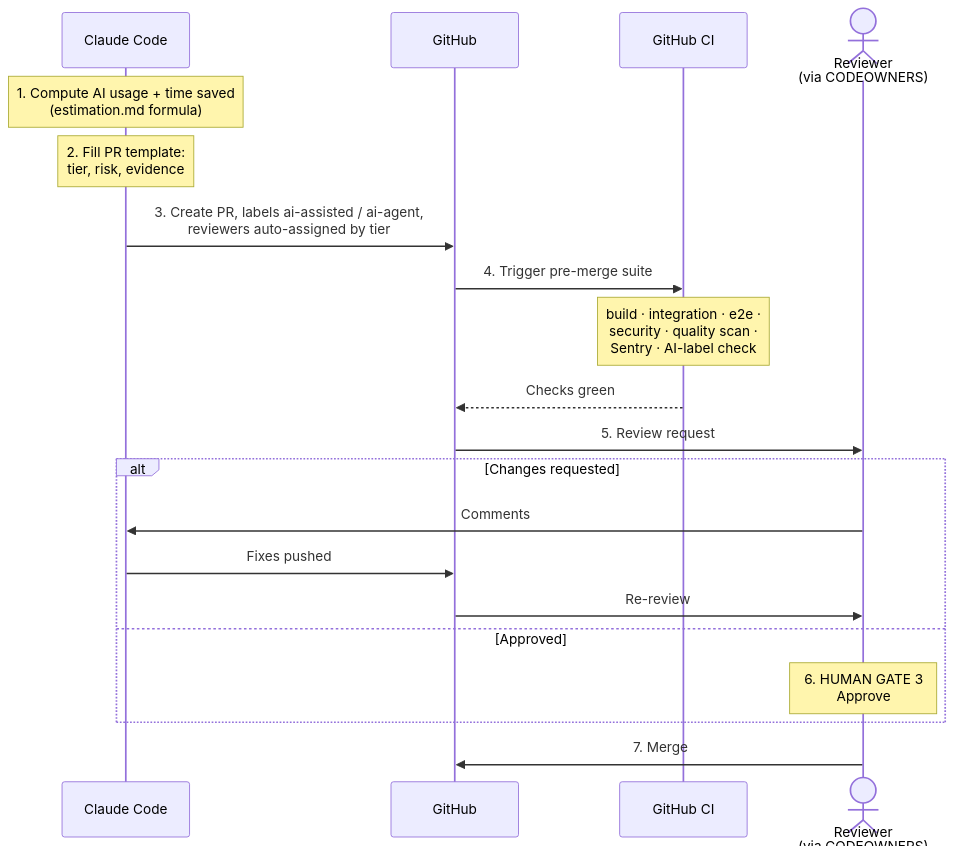
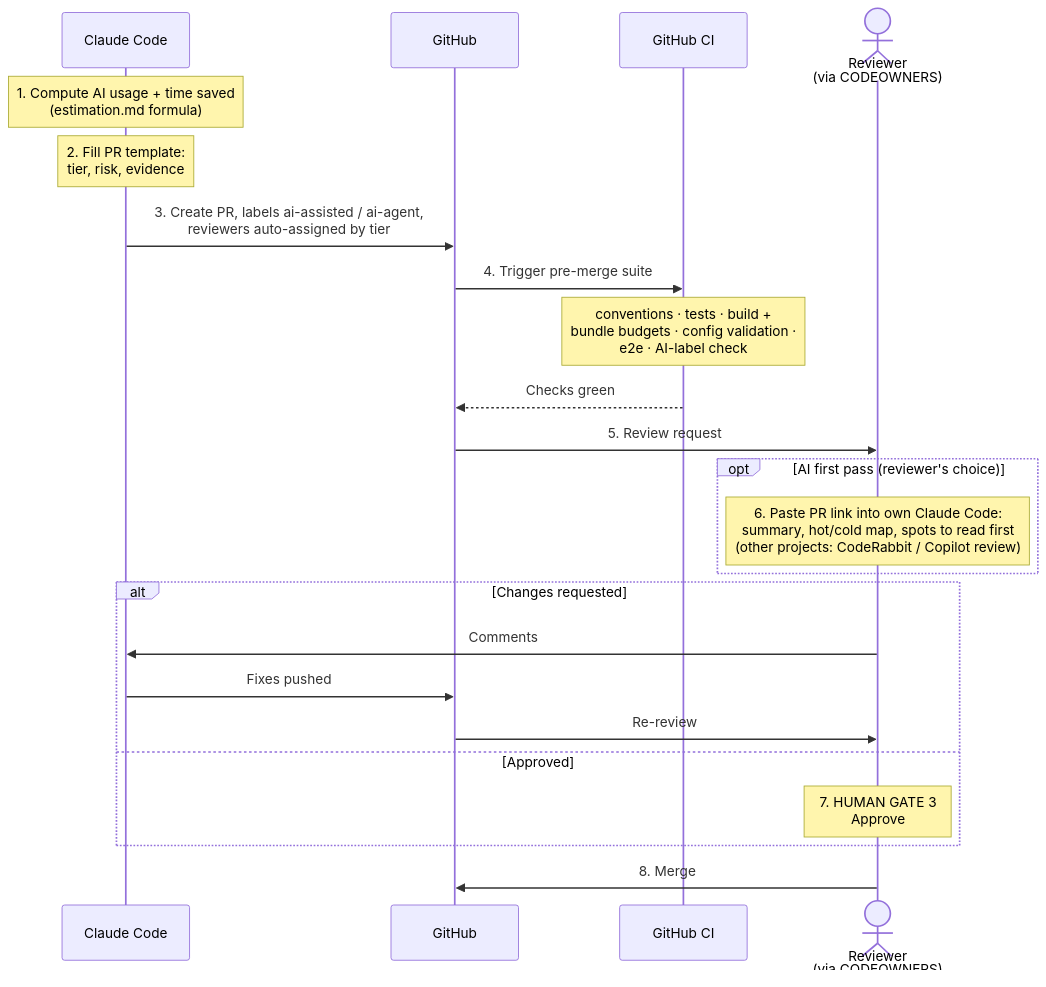
One commit to Seta-International/ai-sdlc-metrics changed the fifth of 6 diagrams in docs/aidc-workflow-future.md. Above: the diagram before and after it, drawn with Mermaid. The commit also changed other lines of this file, not shown here.

Commit message:
docs: verify AIDC doc against agent-platform reality, add reviewer AI pass and Rovo release notes

````diff
--- a/docs/aidc-workflow-future.md
+++ b/docs/aidc-workflow-future.md
@@ -192,23 +193,26 @@
 ```mermaid
 sequenceDiagram
     participant CC as Claude Code
     participant GH as GitHub
     participant CI as GitHub CI
     actor Rev as Reviewer<br/>(via CODEOWNERS)
 
     Note over CC: 1. Compute AI usage + time saved<br/>(estimation.md formula)
     Note over CC: 2. Fill PR template:<br/>tier, risk, evidence
     CC->>GH: 3. Create PR, labels ai-assisted / ai-agent,<br/>reviewers auto-assigned by tier
     GH->>CI: 4. Trigger pre-merge suite
-    Note over CI: build · integration · e2e ·<br/>security · quality scan ·<br/>Sentry · AI-label check
+    Note over CI: conventions · tests · build +<br/>bundle budgets · config validation ·<br/>e2e · AI-label check
     CI-->>GH: Checks green
     GH->>Rev: 5. Review request
+    opt AI first pass (reviewer's choice)
+        Note over Rev: 6. Paste PR link into own Claude Code:<br/>summary, hot/cold map, spots to read first<br/>(other projects: CodeRabbit / Copilot review)
+    end
     alt Changes requested
         Rev->>CC: Comments
         CC->>GH: Fixes pushed
         GH->>Rev: Re-review
     else Approved
-        Note over Rev: 6. HUMAN GATE 3<br/>Approve
+        Note over Rev: 7. HUMAN GATE 3<br/>Approve
     end
-    Rev->>GH: 7. Merge
+    Rev->>GH: 8. Merge
 ```
````
